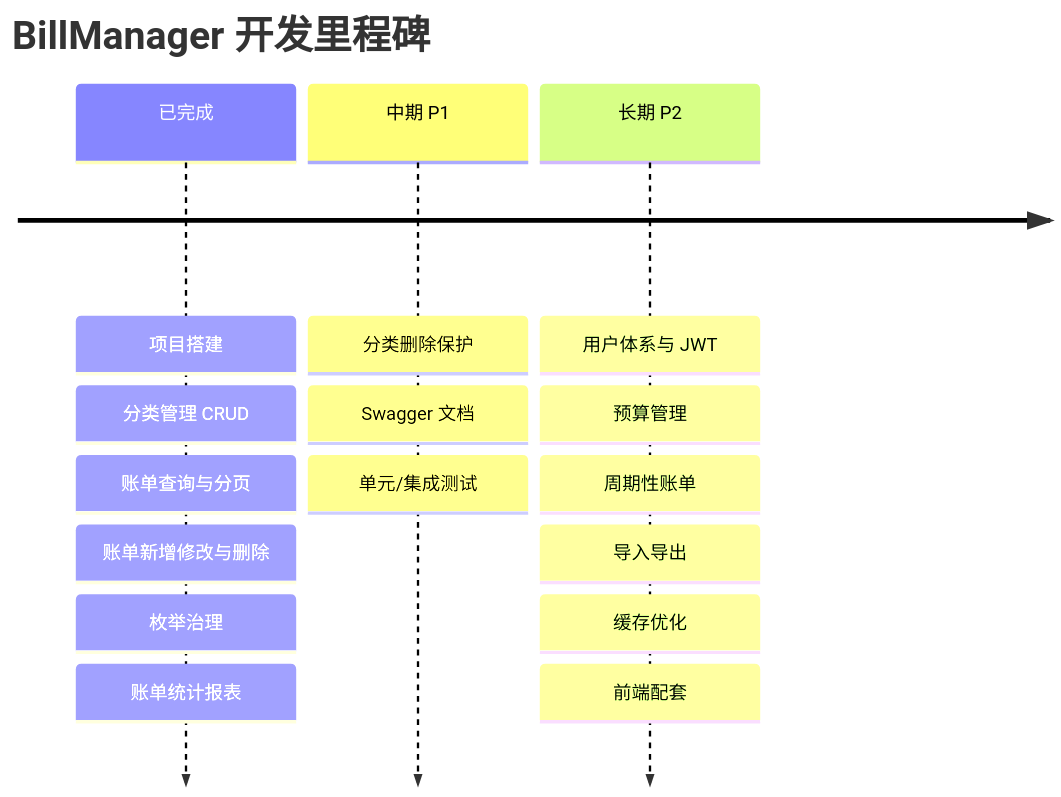
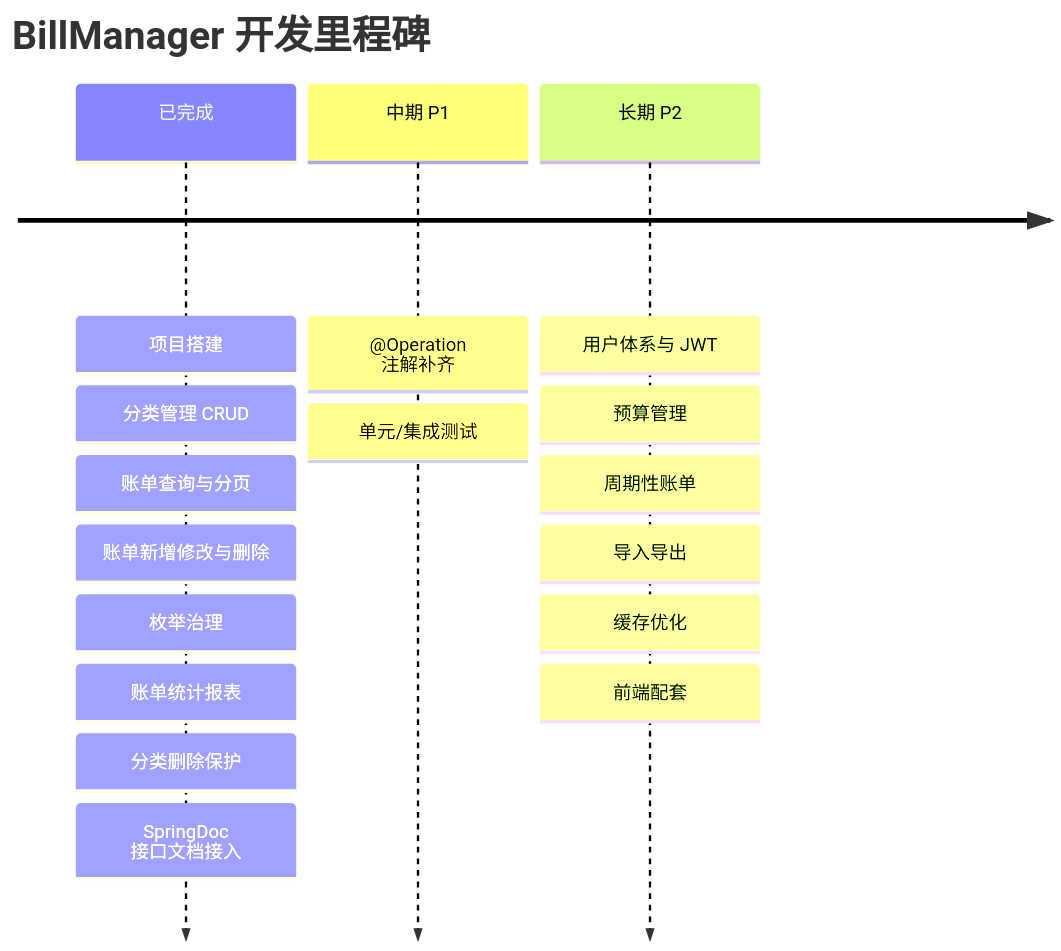
The diagram in docs/未来开发规划.md (19604557341/BillManager), drawn with Mermaid before and after one commit. The commit also changed other lines of this file and 17 other files, not shown here.

````diff
--- a/docs/未来开发规划.md
+++ b/docs/未来开发规划.md
@@ -123,7 +129,7 @@
 ```mermaid
 timeline
     title BillManager 开发里程碑
-    已完成 : 项目搭建 : 分类管理 CRUD : 账单查询与分页 : 账单新增修改与删除 : 枚举治理 : 账单统计报表
-    中期 P1 : 分类删除保护 : Swagger 文档 : 单元/集成测试
+    已完成 : 项目搭建 : 分类管理 CRUD : 账单查询与分页 : 账单新增修改与删除 : 枚举治理 : 账单统计报表 : 分类删除保护 : SpringDoc 接口文档接入
+    中期 P1 : @Operation 注解补齐 : 单元/集成测试
     长期 P2 : 用户体系与 JWT : 预算管理 : 周期性账单 : 导入导出 : 缓存优化 : 前端配套
 ```
````
